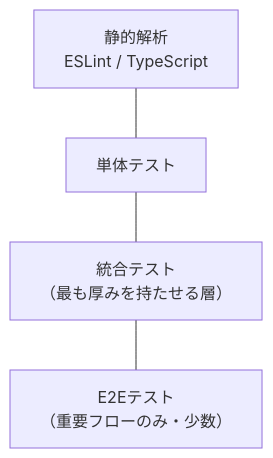
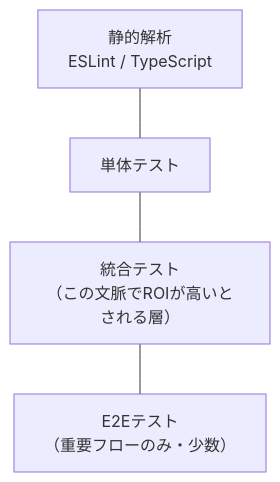
One commit to myoshi2891/Quality-Assurance-Studies changed the sixth of 6 diagrams in The-way-of-the-web-tester-guide.md. Above: the diagram before and after it, drawn with Mermaid. The commit also changed other lines of this file, not shown here.

````diff
--- a/The-way-of-the-web-tester-guide.md
+++ b/The-way-of-the-web-tester-guide.md
@@ -337,8 +341,8 @@
 ```mermaid
 flowchart TB
     Static["静的解析<br/>ESLint / TypeScript"]
     Unit["単体テスト"]
-    Integration["統合テスト<br/>（最も厚みを持たせる層）"]
+    Integration["統合テスト<br/>（この文脈でROIが高いとされる層）"]
     E2E["E2Eテスト<br/>（重要フローのみ・少数）"]
     Static --- Unit --- Integration --- E2E
 ```
````
